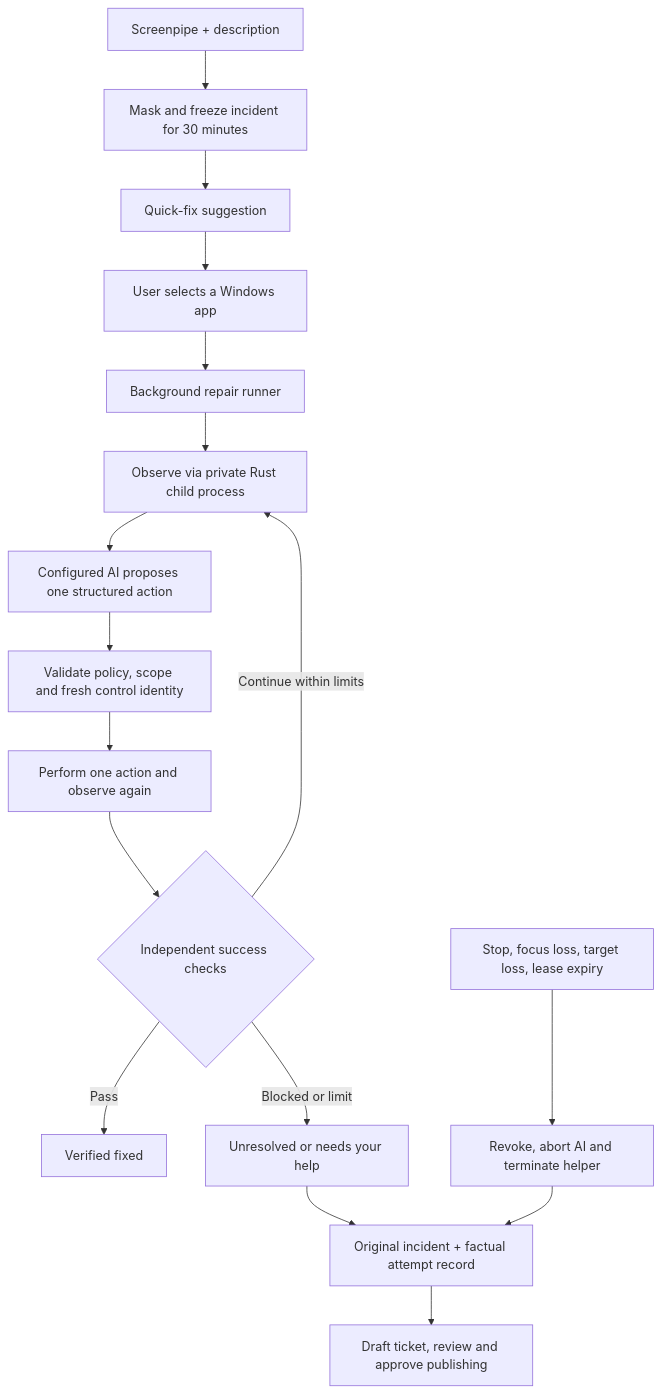
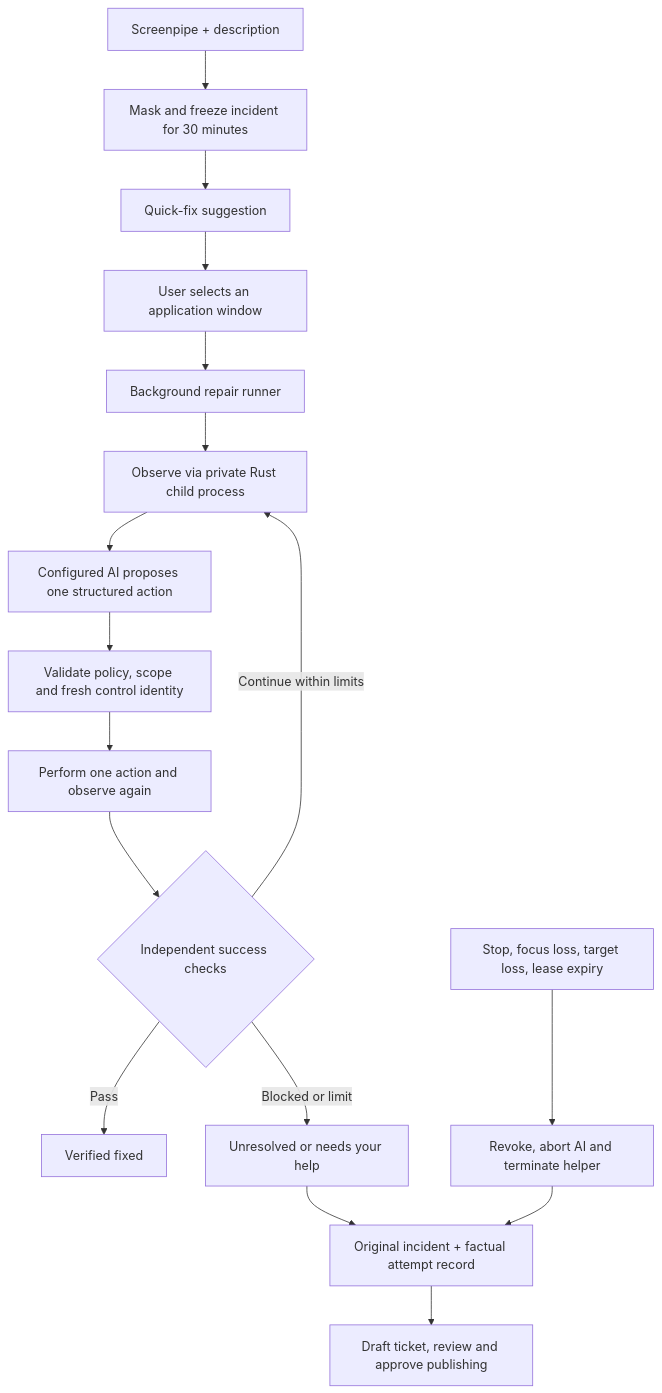
One commit to maxdt-git/ticketpipe changed the diagram in ticketpipe/docs/automatic-fixes.md. Above: the diagram before and after it, drawn with Mermaid. The commit also changed other lines of this file and 30 other files, not shown here.

````diff
--- a/ticketpipe/docs/automatic-fixes.md
+++ b/ticketpipe/docs/automatic-fixes.md
@@ -13,19 +29,19 @@
 ```mermaid
 flowchart TD
   A[Screenpipe + description] --> B[Mask and freeze incident for 30 minutes]
   B --> C[Quick-fix suggestion]
-  C --> D[User selects a Windows app]
+  C --> D[User selects an application window]
   D --> E[Background repair runner]
   E --> F[Observe via private Rust child process]
   F --> G[Configured AI proposes one structured action]
   G --> H[Validate policy, scope and fresh control identity]
   H --> I[Perform one action and observe again]
   I --> J{Independent success checks}
   J -->|Continue within limits| F
   J -->|Pass| K[Verified fixed]
   J -->|Blocked or limit| L[Unresolved or needs your help]
   M[Stop, focus loss, target loss, lease expiry] --> N[Revoke, abort AI and terminate helper]
   L --> O[Original incident + factual attempt record]
   N --> O
   O --> P[Draft ticket, review and approve publishing]
 ```
````
